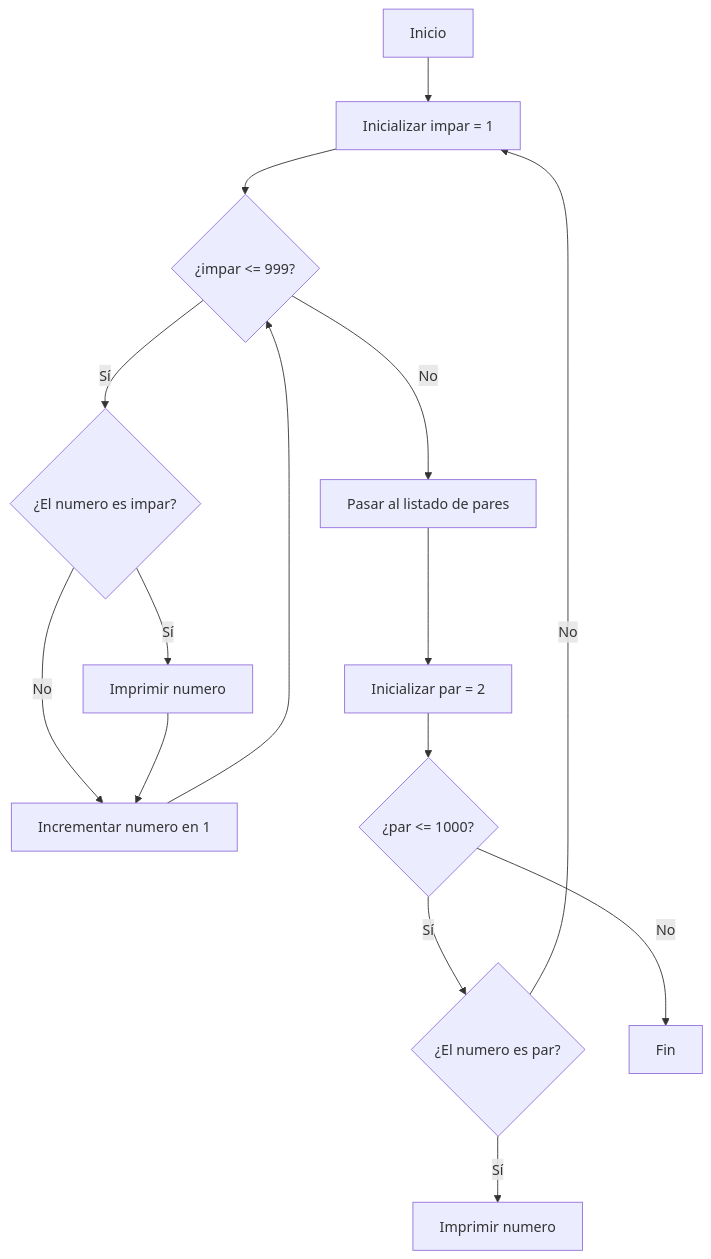
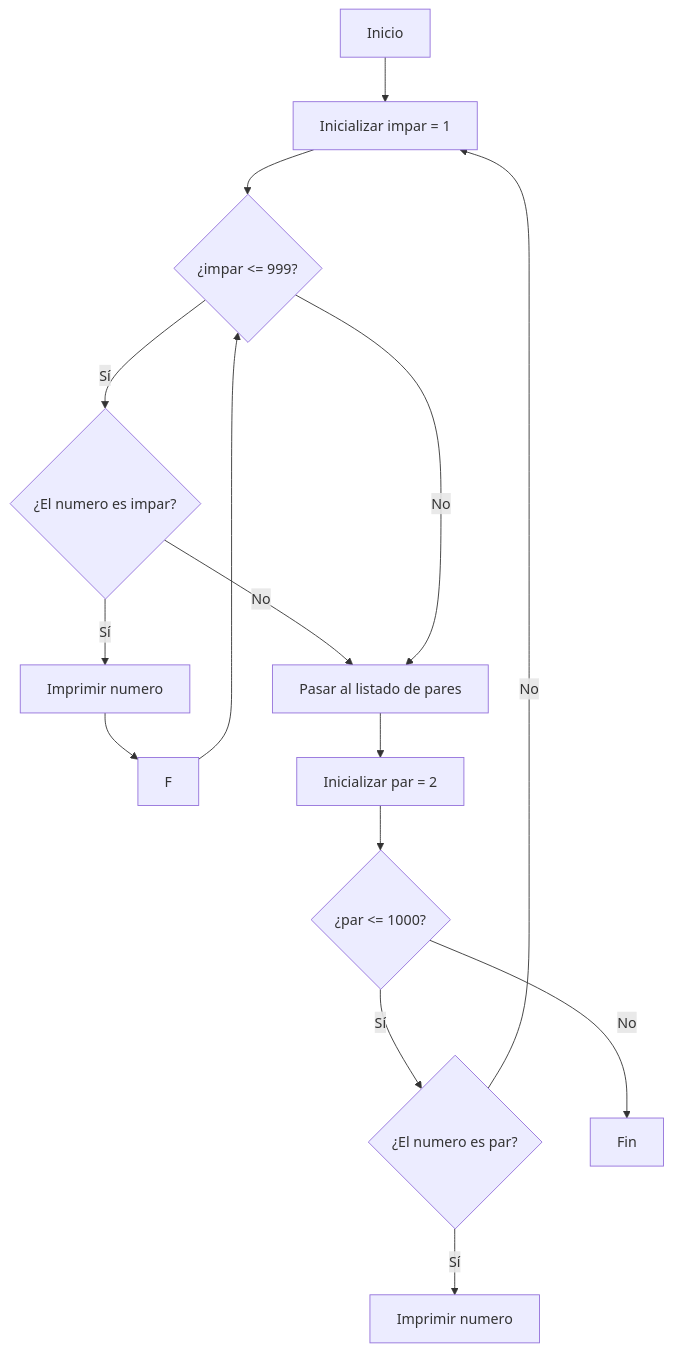
Before and after one commit to jmarciales/Reto-N6: the second of 2 diagrams in README.md, drawn with Mermaid.

````diff
--- a/README.md
+++ b/README.md
@@ -16,17 +16,17 @@
 ```mermaid
 flowchart TD
     A[Inicio] --> B[Inicializar impar = 1]
     B --> C{¿impar <= 999?}
     C -->|Sí| D{¿El numero es impar?}
     D -->|Sí| E[Imprimir numero]
-    D -->|No| F[Incrementar numero en 1]
+    D -->|No| G[Pasar al listado de pares]
     E --> F
     F --> C
     C -->|No| G[Pasar al listado de pares]
     G --> H[Inicializar par = 2]
     H --> I{¿par <= 1000?}
     I -->|Sí| J{¿El numero es par?}
     J -->|Sí| K[Imprimir numero]
     J -->|No| B[Inicializar impar = 1]
     I -->|No| M[Fin]
 ```
````
